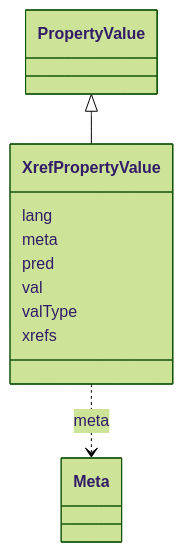
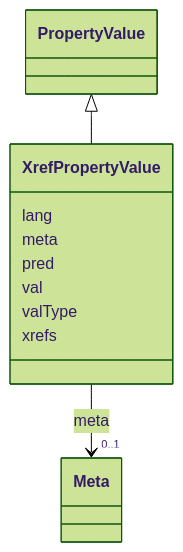
Before and after one commit to INCATools/ontology-access-kit: the diagram in docs/datamodels/obograph/XrefPropertyValue.md, drawn with Mermaid (forest theme). The commit also changed other lines of this file and 23 other files, not shown here.

````diff
--- a/docs/datamodels/obograph/XrefPropertyValue.md
+++ b/docs/datamodels/obograph/XrefPropertyValue.md
@@ -11,21 +19,28 @@
-```{mermaid}
+```mermaid
  classDiagram
     class XrefPropertyValue
+    click XrefPropertyValue href "../XrefPropertyValue"
       PropertyValue <|-- XrefPropertyValue
+        click PropertyValue href "../PropertyValue"
       
       XrefPropertyValue : lang
         
       XrefPropertyValue : meta
         
-          XrefPropertyValue ..> Meta : meta
+          
+    
+    
+    XrefPropertyValue --> "0..1" Meta : meta
+    click Meta href "../Meta"
+
         
       XrefPropertyValue : pred
         
       XrefPropertyValue : val
         
       XrefPropertyValue : valType
         
       XrefPropertyValue : xrefs
         
       
 ```
````
